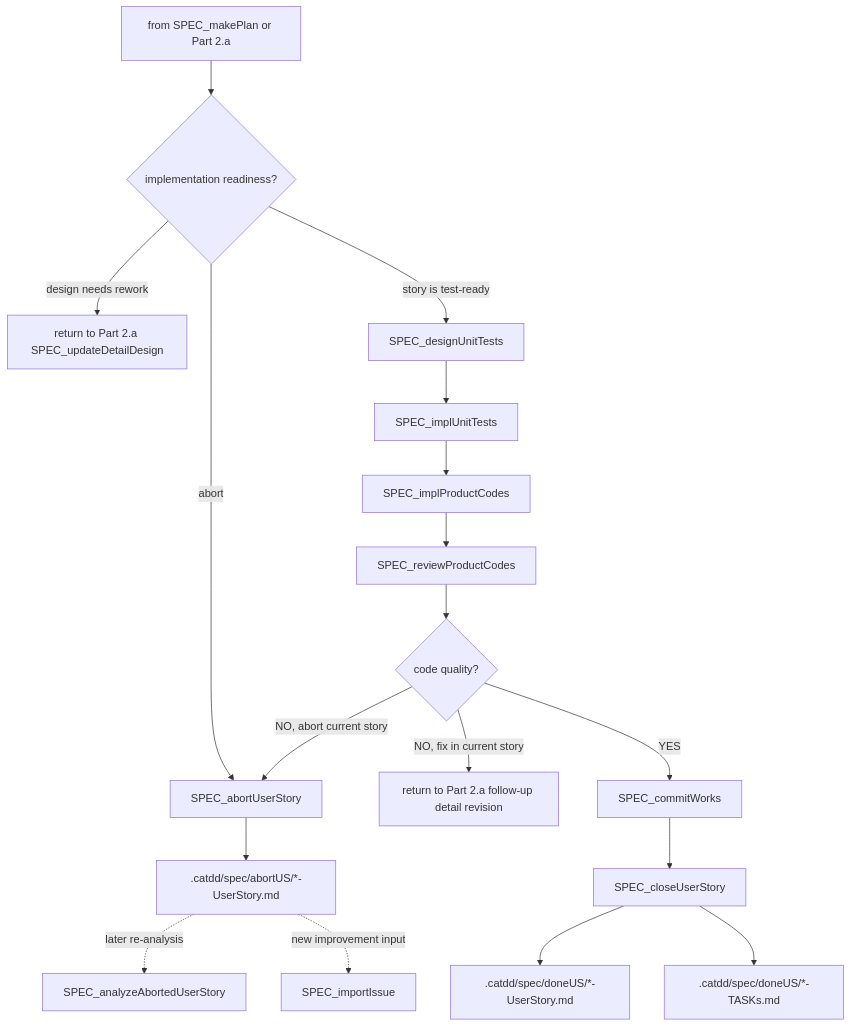
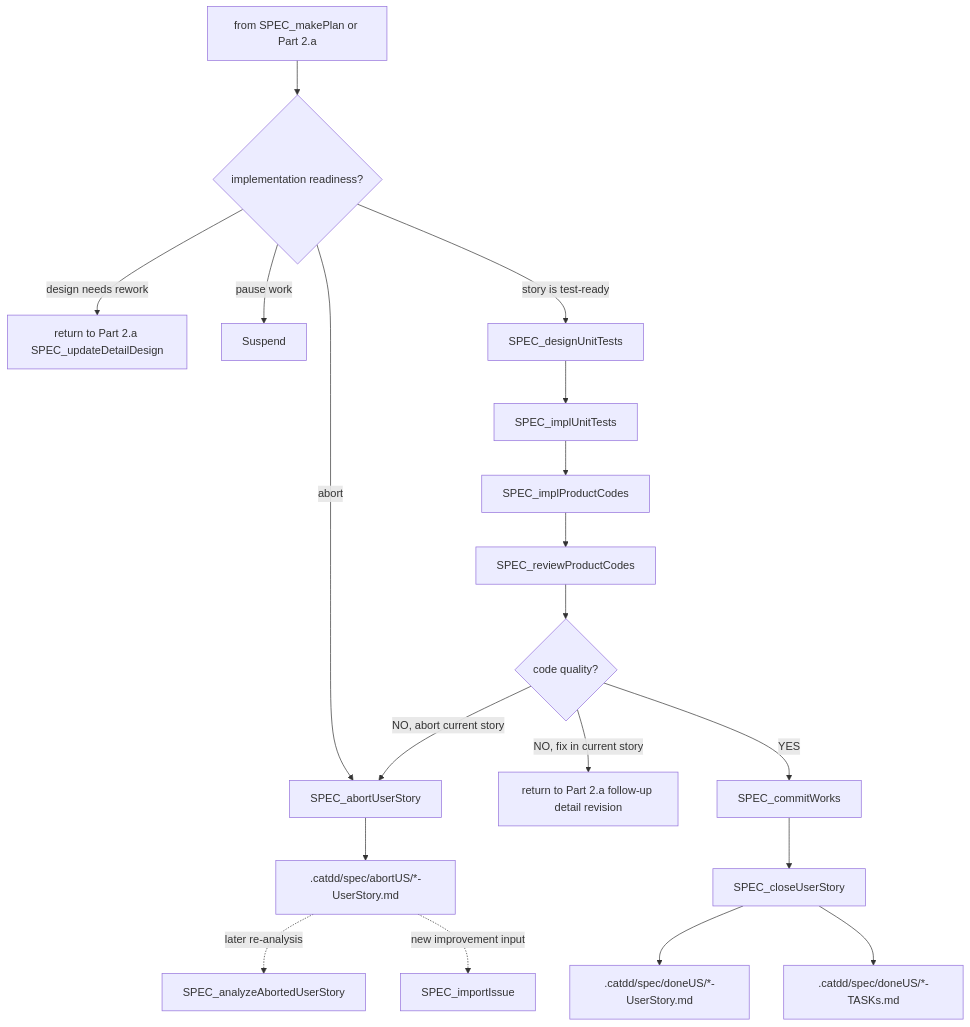
The third of 3 diagrams in slashCommands/flows/Px-SpecFlow_ZH.md (EnigmaWU/MyCaTDD), drawn with Mermaid before and after one commit. The commit also changed other lines of this file and 20 other files, not shown here.

````diff
--- a/slashCommands/flows/Px-SpecFlow_ZH.md
+++ b/slashCommands/flows/Px-SpecFlow_ZH.md
@@ -238,22 +246,23 @@
 ```mermaid
 flowchart TB
     Part2b["from SPEC_makePlan or Part 2.a"] --> ImplementationChoice{"implementation readiness?"}
     ImplementationChoice -- "design needs rework" --> ReviewStoryRef["return to Part 2.a SPEC_updateDetailDesign"]
+    ImplementationChoice -- "pause work" --> Suspend
     ImplementationChoice -- "abort" --> Abort2b["SPEC_abortUserStory"]
     ImplementationChoice -- "story is test-ready" --> DesignTests["SPEC_designUnitTests"]
 
     DesignTests --> ImplTests["SPEC_implUnitTests"]
     ImplTests --> ImplCode["SPEC_implProductCodes"]
     ImplCode --> ReviewCode["SPEC_reviewProductCodes"]
     ReviewCode --> QualityCode{"code quality?"}
 
     QualityCode -- "NO, fix in current story" --> DesignRework["return to Part 2.a follow-up detail revision"]
     QualityCode -- "NO, abort current story" --> Abort2b
     QualityCode -- "YES" --> Commit["SPEC_commitWorks"]
     Commit --> Close["SPEC_closeUserStory"]
     Close --> Done[".catdd/spec/doneUS/*-UserStory.md"]
     Close --> DoneTasks[".catdd/spec/doneUS/*-TASKs.md"]
     Abort2b --> AbortUS2b[".catdd/spec/abortUS/*-UserStory.md"]
     AbortUS2b -. "later re-analysis" .-> AnalyzeAbort2b["SPEC_analyzeAbortedUserStory"]
     AbortUS2b -. "new improvement input" .-> ImportIssue2b["SPEC_importIssue"]
 ```
````
